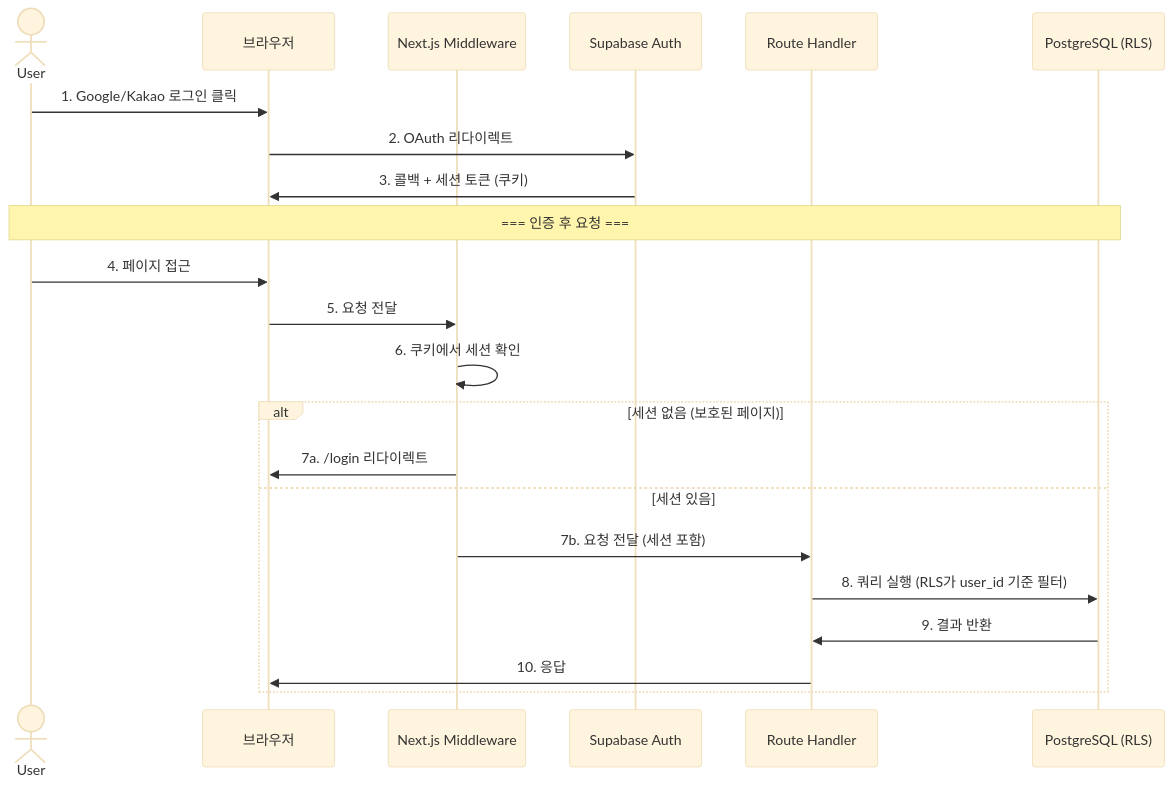
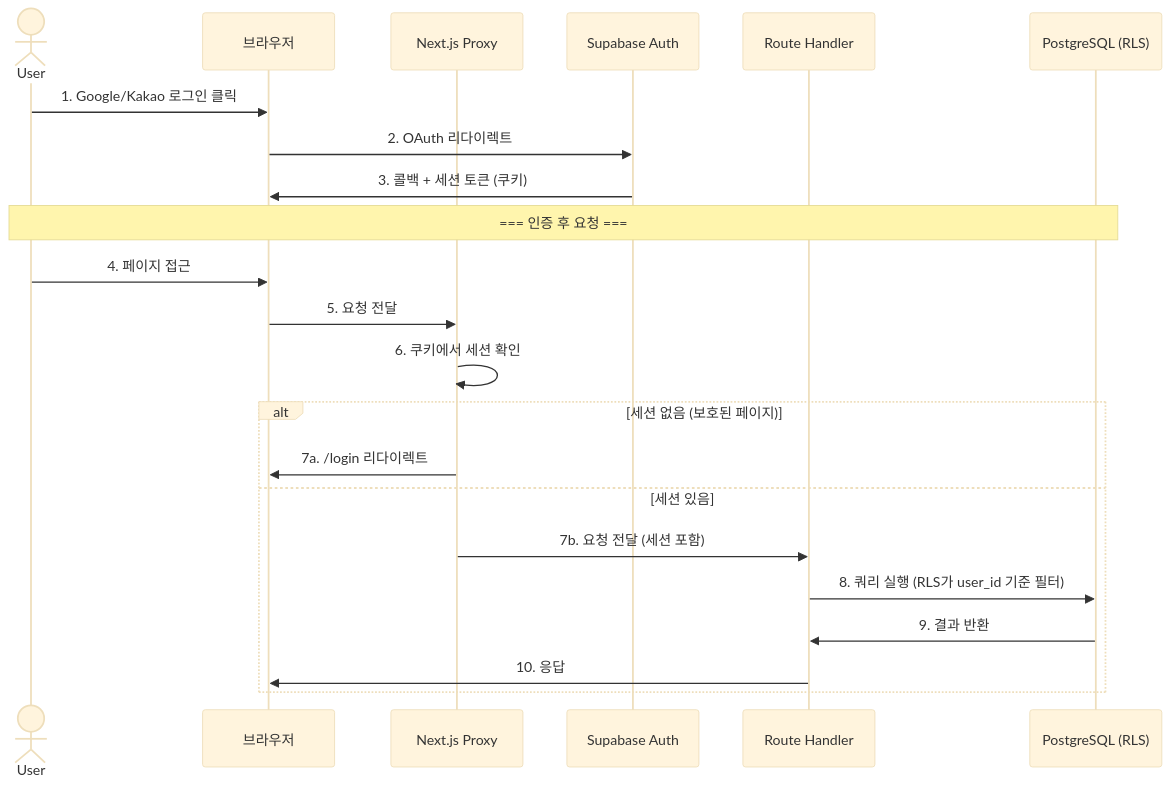
The sixth of 6 diagrams in docs/architecture.md (hjnMavis/typolog), drawn with Mermaid (base theme) before and after one commit. The commit also changed other lines of this file and 6 other files, not shown here.

````diff
--- a/docs/architecture.md
+++ b/docs/architecture.md
@@ -276,27 +276,27 @@
 ```mermaid
 sequenceDiagram
     actor User
     participant Browser as 브라우저
-    participant MW as Next.js Middleware
+    participant MW as Next.js Proxy
     participant Auth as Supabase Auth
     participant API as Route Handler
     participant DB as PostgreSQL (RLS)
 
     User->>Browser: 1. Google/Kakao 로그인 클릭
     Browser->>Auth: 2. OAuth 리다이렉트
     Auth->>Browser: 3. 콜백 + 세션 토큰 (쿠키)
 
     Note over User,DB: === 인증 후 요청 ===
 
     User->>Browser: 4. 페이지 접근
     Browser->>MW: 5. 요청 전달
     MW->>MW: 6. 쿠키에서 세션 확인
     alt 세션 없음 (보호된 페이지)
         MW->>Browser: 7a. /login 리다이렉트
     else 세션 있음
         MW->>API: 7b. 요청 전달 (세션 포함)
         API->>DB: 8. 쿼리 실행 (RLS가 user_id 기준 필터)
         DB->>API: 9. 결과 반환
         API->>Browser: 10. 응답
     end
 ```
````
